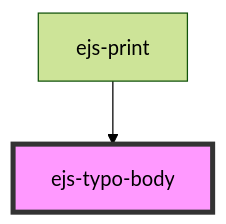
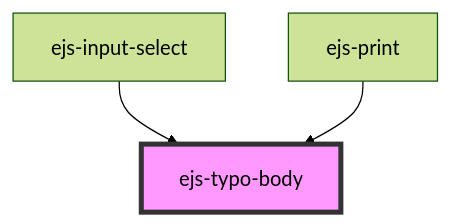
The diagram in src/components/ejs-typo-body/readme.md (ezeep/ezeep-js), drawn with Mermaid (forest theme) before and after one commit. The commit also changed other lines of this file and 17 other files, not shown here.

Commit message:
Introduce input select component

````diff
--- a/src/components/ejs-typo-body/readme.md
+++ b/src/components/ejs-typo-body/readme.md
@@ -30,5 +31,6 @@
 ```mermaid
 graph TD;
+  ejs-input-select --> ejs-typo-body
   ejs-print --> ejs-typo-body
   style ejs-typo-body fill:#f9f,stroke:#333,stroke-width:4px
 ```
````
